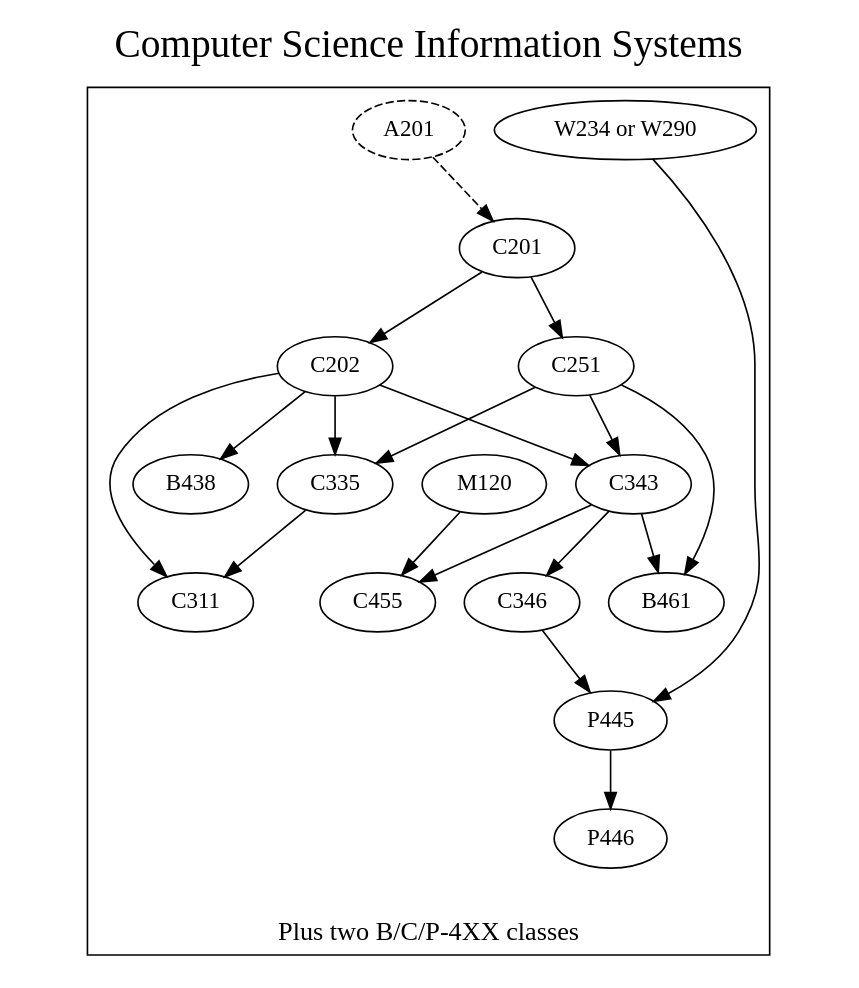
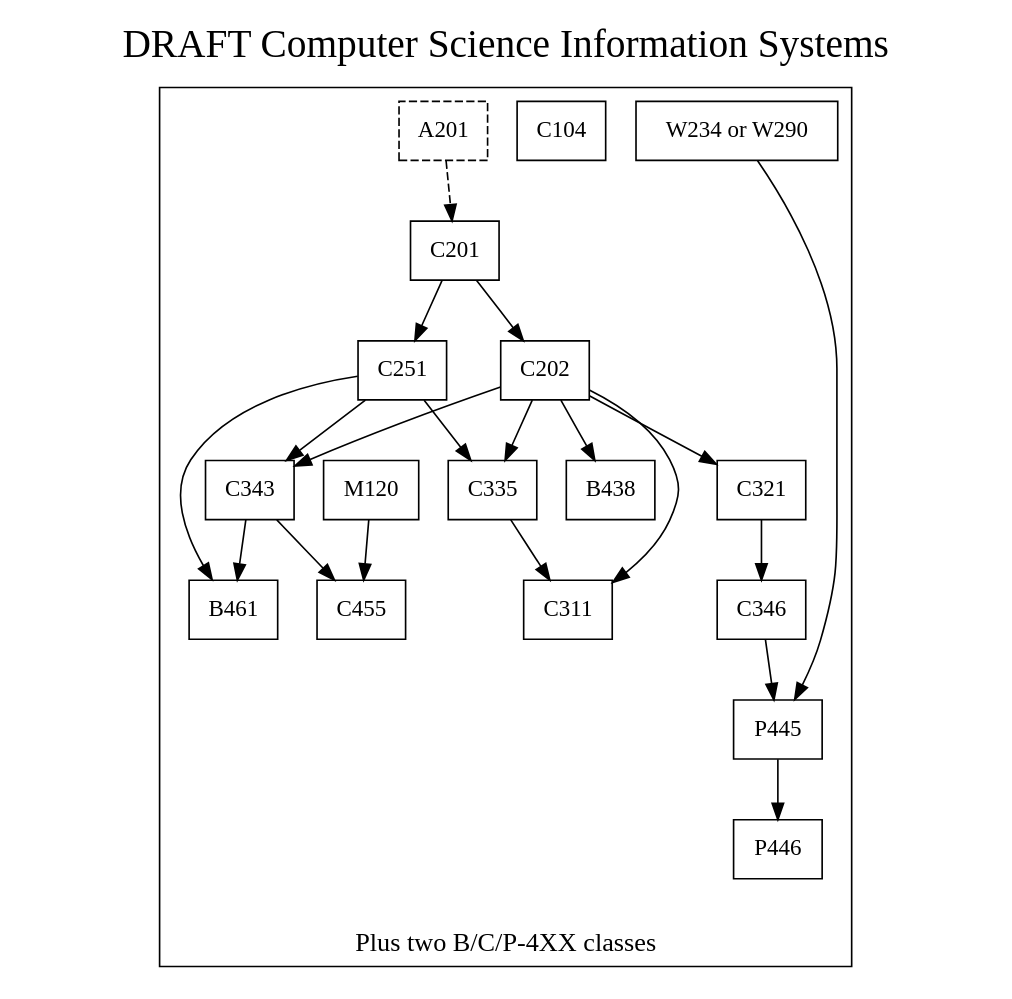
Before and after one commit to IUS-CS/GraduationGraph: the diagram in InfoSys.dot, drawn with Graphviz. The commit also changed 9 other files, not shown here.

```diff
--- a/InfoSys.dot
+++ b/InfoSys.dot
@@ -1,49 +1,53 @@
 digraph G {
 node[style=solid]; rankdir=TB;
+node [shape=record]
 
 labelloc=t
 fontsize=24
-label="Computer Science Information Systems\n"
+label="DRAFT Computer Science Information Systems\n"
 
 subgraph cluster0 {
 fontsize=16
 style="solid"
 labelloc=b label="\nPlus two B/C/P-4XX classes"
 
 A201 [style=dashed]
+C104
 C201
 C202
 C251
 C335
 C343
+C321
 C346
 C311
 B438
 C455
 P445
 P446
 B461
 W234orW290 [label="W234 or W290"] 
 M120
 }
 
 A201->C201 [style=dashed]
 W234orW290->C201 [style=invis]
 C201->C202
 C201->C251
 C202->C335
 C251->C335
 C251->C343
 C202->C343
-C343->C346
+C202->C321
+C321->C346
 C202->C311
 C335->C311
 M120->C455
 C343->C455
 C346->P445
 W234orW290->P445
 P445->P446
 C202->B438
 C251->B461
 C343->B461
 }
```
